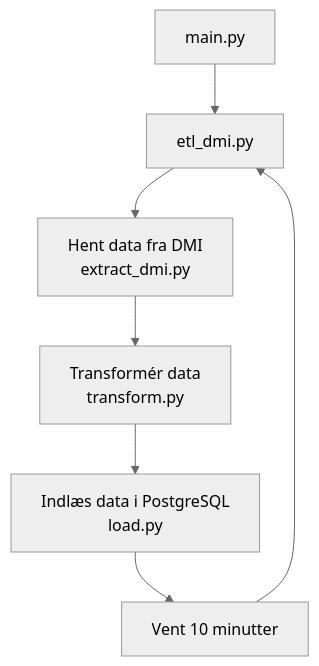
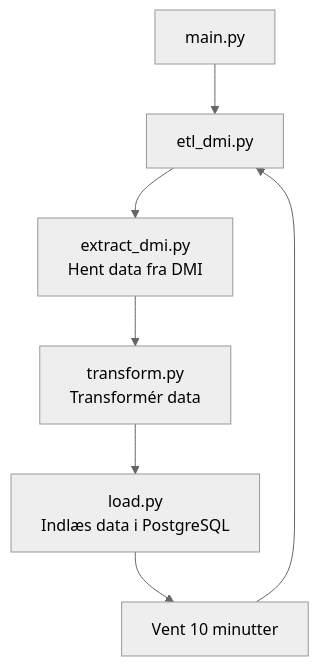
Before and after one commit to martinaik/opgave2: the second of 2 diagrams in README.md, drawn with Mermaid (neutral theme).

Commit message:
Update UML diagram labels for clarity

````diff
--- a/README.md
+++ b/README.md
@@ -125,9 +125,9 @@
 ```mermaid
 flowchart TD
     B[main.py] --> C[etl_dmi.py]
-    C --> D[Hent data fra DMI<br/>extract_dmi.py]
-    D --> E[Transformér data<br/>transform.py]
-    E --> F[Indlæs data i PostgreSQL<br/>load.py]
+    C --> D["extract_dmi.py<br/>Hent data fra DMI"]
+    D --> E["transform.py<br/>Transformér data"]
+    E --> F["load.py<br/>Indlæs data i PostgreSQL"]
     F --> G[Vent 10 minutter]
     G --> C
 ```
````
